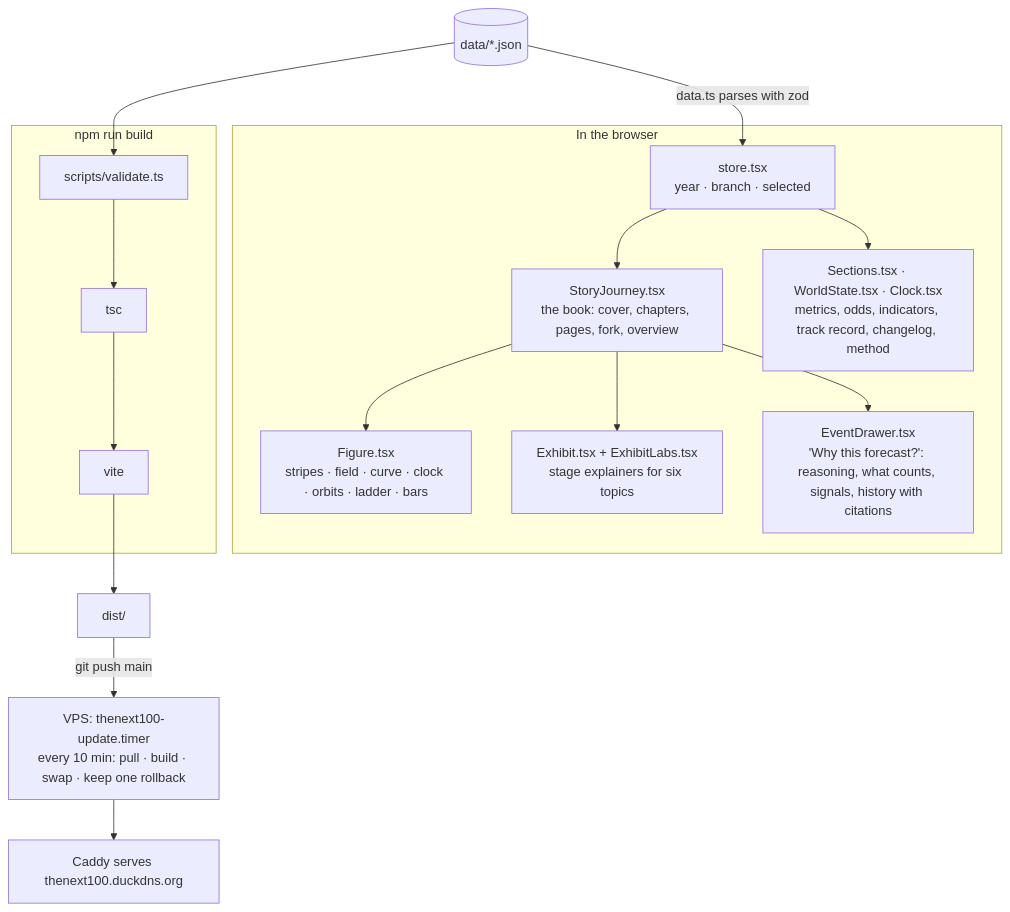
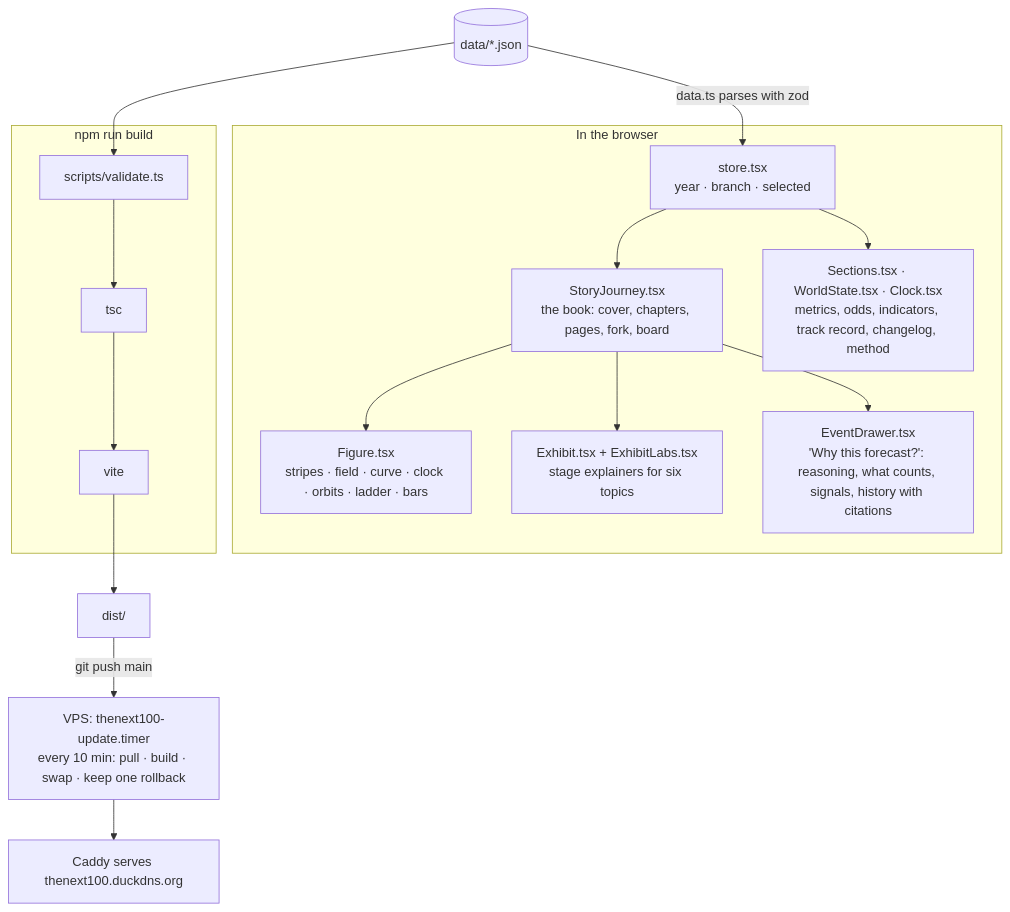
Before and after one commit to GrimFandango42/the-next-100: the diagram in docs/architecture.md, drawn with Mermaid. The commit also changed other lines of this file and 18 other files, not shown here.

````diff
--- a/docs/architecture.md
+++ b/docs/architecture.md
@@ -5,19 +5,19 @@
 ```mermaid
 flowchart TB
     subgraph browser["In the browser"]
         store[store.tsx<br/>year · branch · selected] --> book
         store --> evidence
-        book[StoryJourney.tsx<br/>the book: cover, chapters, pages, fork, overview] --> figure[Figure.tsx<br/>stripes · field · curve · clock · orbits · ladder · bars]
+        book[StoryJourney.tsx<br/>the book: cover, chapters, pages, fork, board] --> figure[Figure.tsx<br/>stripes · field · curve · clock · orbits · ladder · bars]
         book --> exhibit[Exhibit.tsx + ExhibitLabs.tsx<br/>stage explainers for six topics]
         book --> drawer[EventDrawer.tsx<br/>'Why this forecast?': reasoning, what counts, signals, history with citations]
         evidence[Sections.tsx · WorldState.tsx · Clock.tsx<br/>metrics, odds, indicators, track record, changelog, method]
     end
     data[(data/*.json)] -->|data.ts parses with zod| store
     subgraph build["npm run build"]
         validate[scripts/validate.ts] --> tsc --> vite
     end
     data --> validate
     vite --> dist[dist/]
     dist -->|git push main| timer[VPS: thenext100-update.timer<br/>every 10 min: pull · build · swap · keep one rollback]
     timer --> caddy[Caddy serves thenext100.duckdns.org]
 ```
````
